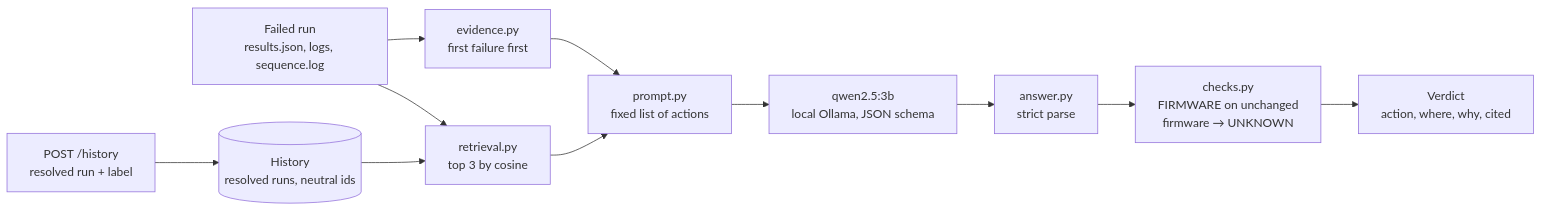
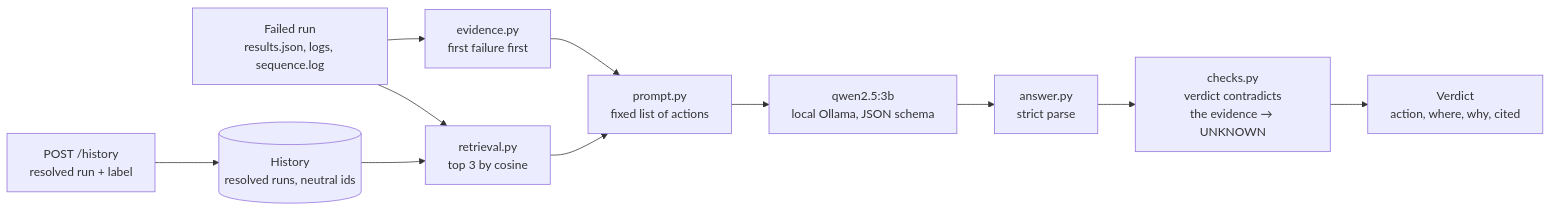
One commit to kaustubhagarwal18/virtual-rf-testbench changed the fifth of 6 diagrams in docs/ARCHITECTURE.md. Above: the diagram before and after it, drawn with Mermaid. The commit also changed other lines of this file and 7 other files, not shown here.

First line of the commit message:
docs: re-measure triage per fault, add ADR 0012, update the README and roadmap

````diff
--- a/docs/ARCHITECTURE.md
+++ b/docs/ARCHITECTURE.md
@@ -212,13 +212,13 @@
 ```mermaid
 flowchart LR
     run["Failed run<br/>results.json, logs, sequence.log"] --> ev["evidence.py<br/>first failure first"]
     hist[("History<br/>resolved runs, neutral ids")] --> ret["retrieval.py<br/>top 3 by cosine"]
     run --> ret
     ev --> pr["prompt.py<br/>fixed list of actions"]
     ret --> pr
     pr --> llm["qwen2.5:3b<br/>local Ollama, JSON schema"]
     llm --> an["answer.py<br/>strict parse"]
-    an --> chk["checks.py<br/>FIRMWARE on unchanged<br/>firmware → UNKNOWN"]
+    an --> chk["checks.py<br/>verdict contradicts<br/>the evidence → UNKNOWN"]
     chk --> verdict["Verdict<br/>action, where, why, cited"]
     api["POST /history<br/>resolved run + label"] --> hist
 ```
````
